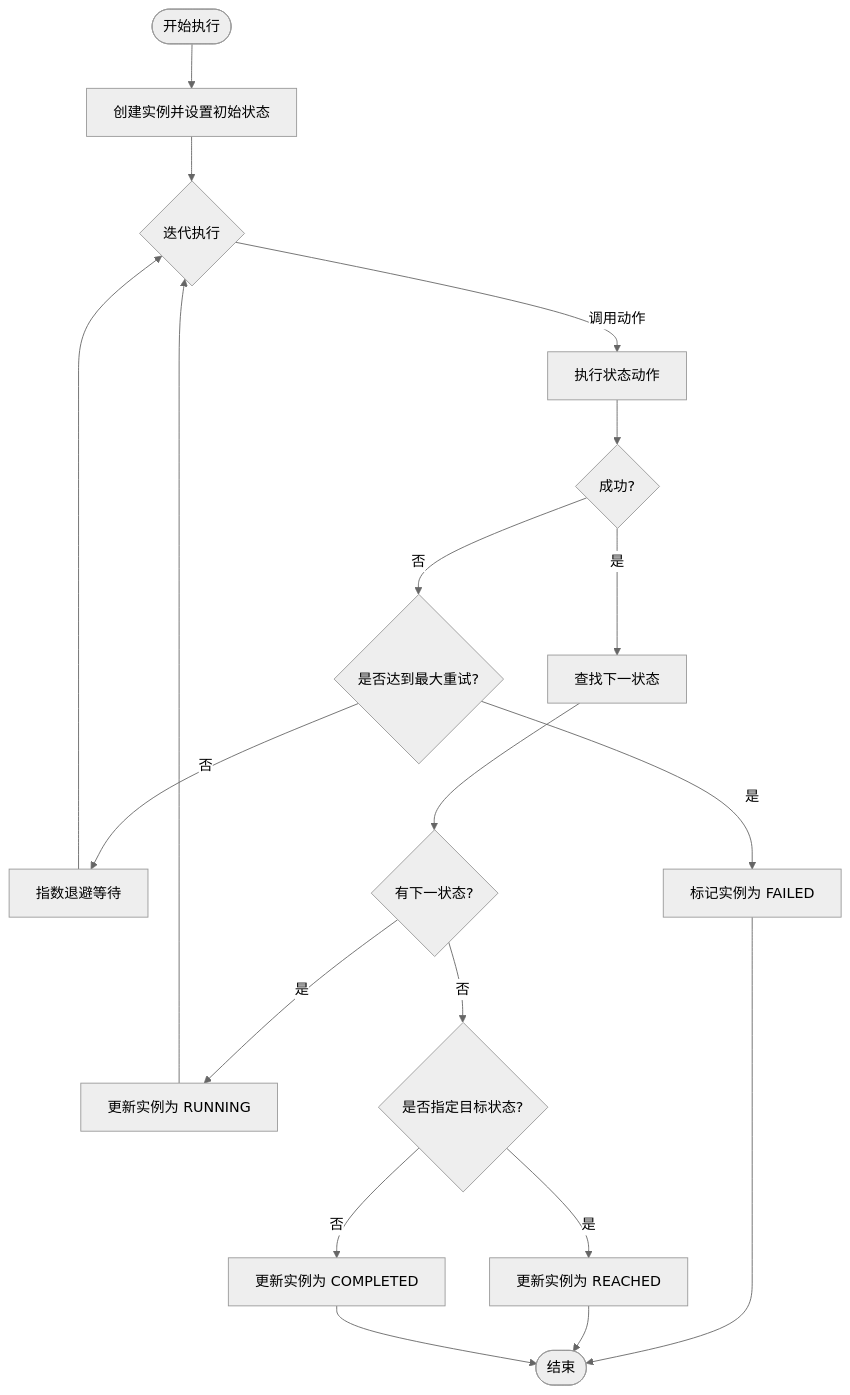
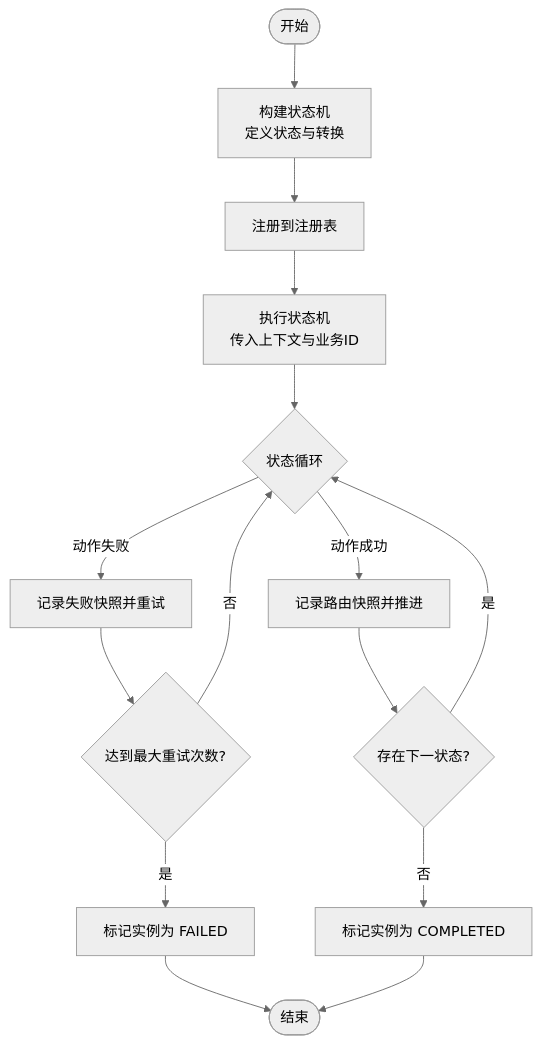
Before and after one commit to xiaoche80s-tech/state-machine-parent: the third of 4 diagrams in .qoder/repowiki/zh/content/快速开始.md, drawn with Mermaid (neutral theme). The commit also changed other lines of this file and 97 other files, not shown here.

````diff
--- a/.qoder/repowiki/zh/content/快速开始.md
+++ b/.qoder/repowiki/zh/content/快速开始.md
@@ -169,16 +191,17 @@
 ```mermaid
 flowchart TD
-Start(["开始执行"]) --> Create["创建实例并设置初始状态"]
-Create --> Loop{"迭代执行"}
-Loop --> |调用动作| Action["执行状态动作"]
-Action --> Ok{"成功?"}
-Ok --> |是| Next["查找下一状态"]
-Ok --> |否| Retry{"是否达到最大重试?"}
-Retry --> |否| Backoff["指数退避等待"] --> Loop
-Retry --> |是| Fail["标记实例为 FAILED"] --> End(["结束"])
-Next --> HasNext{"有下一状态?"}
-HasNext --> |是| Update["更新实例为 RUNNING"] --> Loop
-HasNext --> |否| Reached{"是否指定目标状态?"}
-Reached --> |是| SetReached["更新实例为 REACHED"] --> End
-Reached --> |否| SetCompleted["更新实例为 COMPLETED"] --> End
+Start(["开始"]) --> Build["构建状态机<br/>定义状态与转换"]
+Build --> Register["注册到注册表"]
+Register --> Execute["执行状态机<br/>传入上下文与业务ID"]
+Execute --> Loop{"状态循环"}
+Loop --> |动作成功| Route["记录路由快照并推进"]
+Loop --> |动作失败| Retry["记录失败快照并重试"]
+Retry --> Attempts{"达到最大重试次数?"}
+Attempts --> |否| Loop
+Attempts --> |是| Fail["标记实例为 FAILED"]
+Route --> NextState{"存在下一状态?"}
+NextState --> |是| Loop
+NextState --> |否| Complete["标记实例为 COMPLETED"]
+Fail --> End(["结束"])
+Complete --> End
 ```
````
